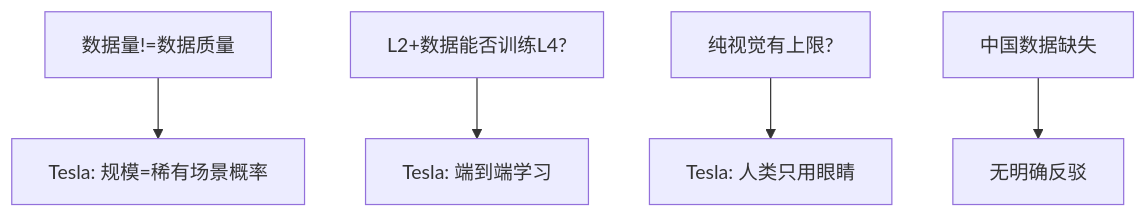
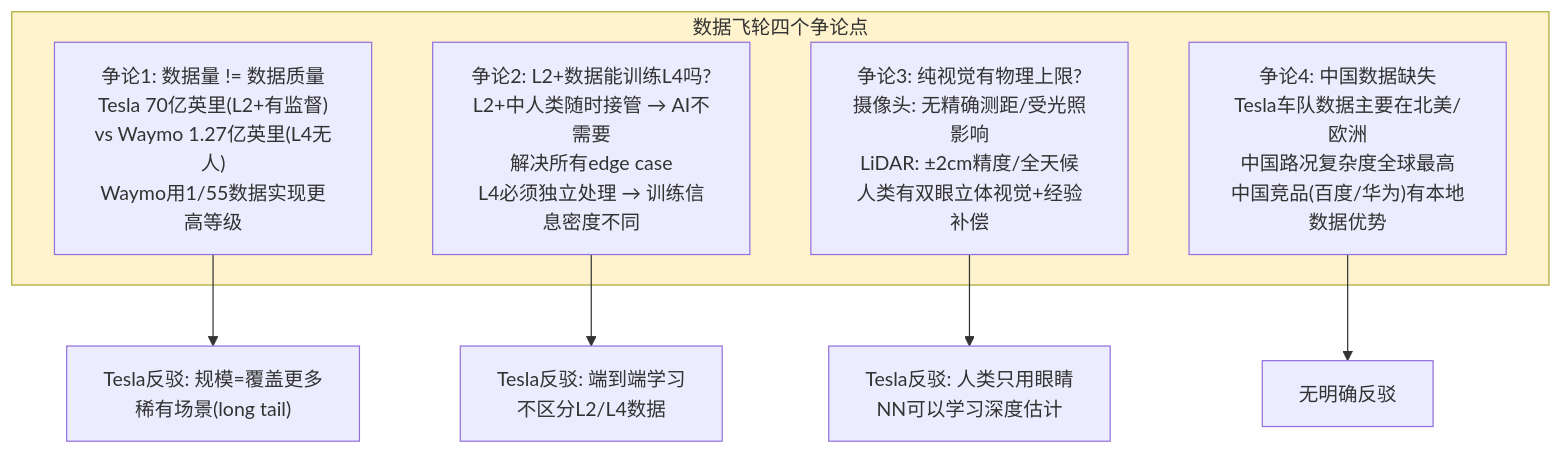
Before and after one commit to miltonnewyork25-afk/investment-master: the eighth of 14 diagrams in reports/TSLA/staging/moduleC_competition.md, drawn with Mermaid. The commit also changed other lines of this file and 6 other files, not shown here.

````diff
--- a/reports/TSLA/staging/moduleC_competition.md
+++ b/reports/TSLA/staging/moduleC_competition.md
@@ -129,7 +290,14 @@
 ```mermaid
 graph TD
-    Q1["数据量!=数据质量"] --> A1["Tesla: 规模=稀有场景概率"]
-    Q2["L2+数据能否训练L4?"] --> A2["Tesla: 端到端学习"]
-    Q3["纯视觉有上限?"] --> A3["Tesla: 人类只用眼睛"]
-    Q4["中国数据缺失"] --> A4["无明确反驳"]
+    subgraph 争论["数据飞轮四个争论点"]
+        D1["争论1: 数据量 != 数据质量<br/>Tesla 70亿英里(L2+有监督)<br/>vs Waymo 1.27亿英里(L4无人)<br/>Waymo用1/55数据实现更高等级"]
+        D2["争论2: L2+数据能训练L4吗?<br/>L2+中人类随时接管 → AI不需要<br/>解决所有edge case<br/>L4必须独立处理 → 训练信息密度不同"]
+        D3["争论3: 纯视觉有物理上限?<br/>摄像头: 无精确测距/受光照影响<br/>LiDAR: ±2cm精度/全天候<br/>人类有双眼立体视觉+经验补偿"]
+        D4["争论4: 中国数据缺失<br/>Tesla车队数据主要在北美/欧洲<br/>中国路况复杂度全球最高<br/>中国竞品(百度/华为)有本地数据优势"]
+    end
+    D1 --> V1["Tesla反驳: 规模=覆盖更多<br/>稀有场景(long tail)"]
+    D2 --> V2["Tesla反驳: 端到端学习<br/>不区分L2/L4数据"]
+    D3 --> V3["Tesla反驳: 人类只用眼睛<br/>NN可以学习深度估计"]
+    D4 --> V4["无明确反驳"]
+    style 争论 fill:#fff3cd,color:#333
 ```
````
